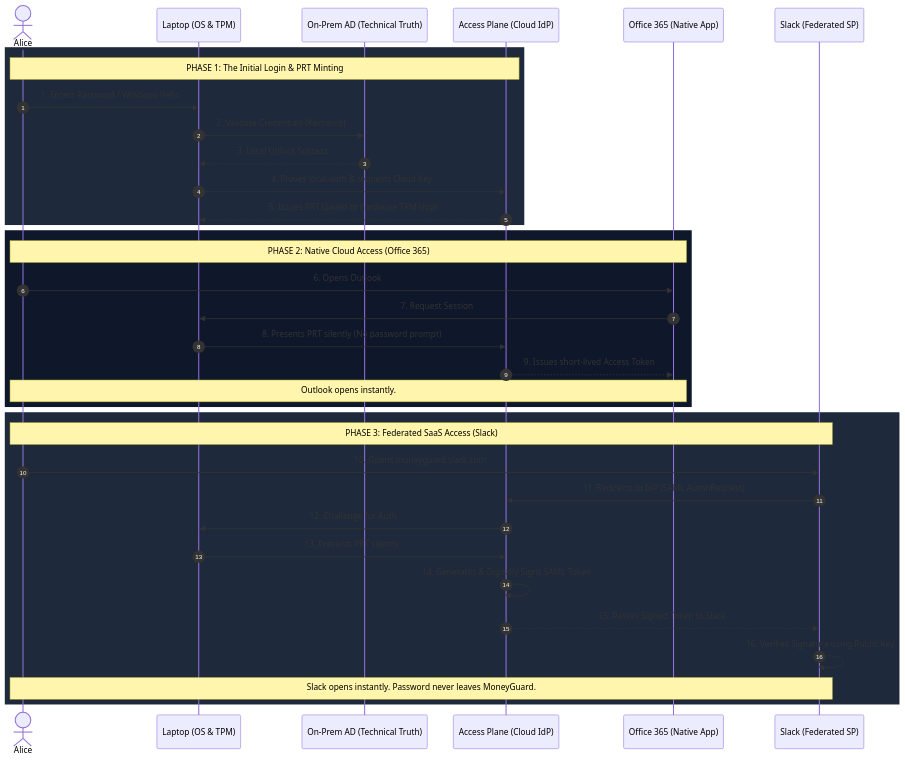
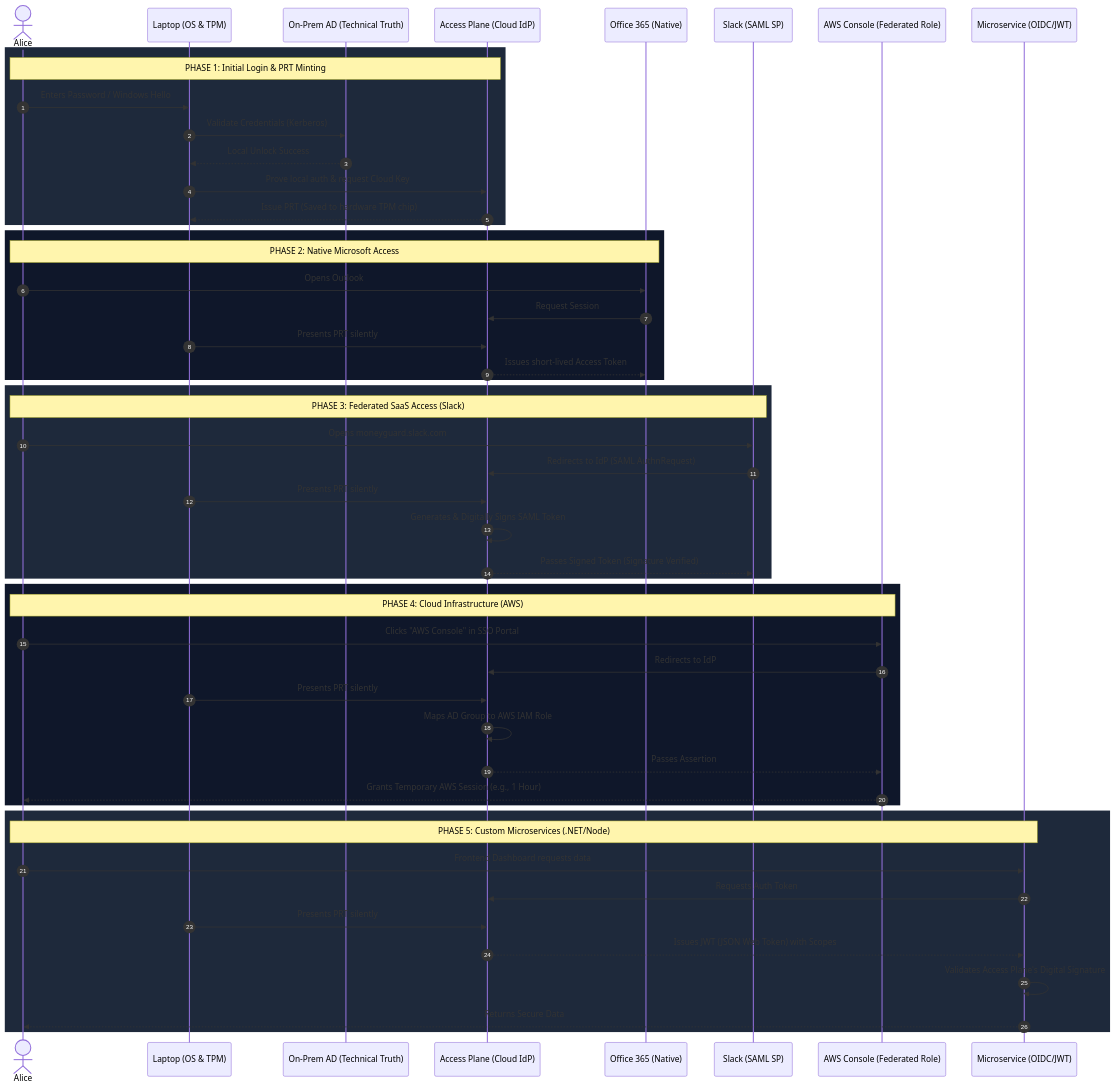
The second of 2 diagrams in 01_Core_IAM_Concepts/06_Identity_Repositories.md (nirajp82/IdentityAccessManagement_IAM), drawn with Mermaid before and after one commit.

````diff
--- a/01_Core_IAM_Concepts/06_Identity_Repositories.md
+++ b/01_Core_IAM_Concepts/06_Identity_Repositories.md
@@ -101,40 +101,59 @@
 ```mermaid
 sequenceDiagram
     autonumber
     actor A as Alice
     participant L as Laptop (OS & TPM)
     participant AD as On-Prem AD (Technical Truth)
     participant AP as Access Plane (Cloud IdP)
-    participant O as Office 365 (Native App)
-    participant S as Slack (Federated SP)
+    participant O365 as Office 365 (Native)
+    participant Slack as Slack (SAML SP)
+    participant AWS as AWS Console (Federated Role)
+    participant API as Microservice (OIDC/JWT)
 
     rect rgb(30, 41, 59)
-    Note over A, AP: PHASE 1: The Initial Login & PRT Minting
-    A->>L: 1. Enters Password / Windows Hello
-    L->>AD: 2. Validate Credentials (Kerberos)
-    AD-->>L: 3. Local Unlock Success
-    L->>AP: 4. Proves local auth & requests Cloud Key
-    AP-->>L: 5. Issues PRT (Saved to hardware TPM chip)
+    Note over A, AP: PHASE 1: Initial Login & PRT Minting
+    A->>L: Enters Password / Windows Hello
+    L->>AD: Validate Credentials (Kerberos)
+    AD-->>L: Local Unlock Success
+    L->>AP: Prove local auth & request Cloud Key
+    AP-->>L: Issue PRT (Saved to hardware TPM chip)
     end
 
     rect rgb(15, 23, 42)
-    Note over A, O: PHASE 2: Native Cloud Access (Office 365)
-    A->>O: 6. Opens Outlook
-    O->>L: 7. Request Session
-    L->>AP: 8. Presents PRT silently (No password prompt)
-    AP-->>O: 9. Issues short-lived Access Token
-    Note over A, O: Outlook opens instantly.
+    Note over A, O365: PHASE 2: Native Microsoft Access
+    A->>O365: Opens Outlook
+    O365->>AP: Request Session
+    L->>AP: Presents PRT silently
+    AP-->>O365: Issues short-lived Access Token
     end
 
     rect rgb(30, 41, 59)
-    Note over A, S: PHASE 3: Federated SaaS Access (Slack)
-    A->>S: 10. Opens moneyguard.slack.com
-    S->>AP: 11. Redirects to IdP (SAML AuthnRequest)
-    AP->>L: 12. Challenge for Auth
-    L->>AP: 13. Presents PRT silently
-    AP->>AP: 14. Generates & Digitally Signs SAML Token
-    AP-->>S: 15. Passes Signed Token to Slack
-    S->>S: 16. Verifies Signature using Public Key
-    Note over A, S: Slack opens instantly. Password never leaves MoneyGuard.
+    Note over A, Slack: PHASE 3: Federated SaaS Access (Slack)
+    A->>Slack: Opens moneyguard.slack.com
+    Slack->>AP: Redirects to IdP (SAML AuthnRequest)
+    L->>AP: Presents PRT silently
+    AP->>AP: Generates & Digitally Signs SAML Token
+    AP-->>Slack: Passes Signed Token (Signature Verified)
     end
+
+    rect rgb(15, 23, 42)
+    Note over A, AWS: PHASE 4: Cloud Infrastructure (AWS)
+    A->>AWS: Clicks "AWS Console" in SSO Portal
+    AWS->>AP: Redirects to IdP
+    L->>AP: Presents PRT silently
+    AP->>AP: Maps AD Group to AWS IAM Role
+    AP-->>AWS: Passes Assertion
+    AWS-->>A: Grants Temporary AWS Session (e.g., 1 Hour)
+    end
+
+    rect rgb(30, 41, 59)
+    Note over A, API: PHASE 5: Custom Microservices (.NET/Node)
+    A->>API: Frontend Dashboard requests data
+    API->>AP: Requests Auth Token
+    L->>AP: Presents PRT silently
+    AP-->>API: Issues JWT (JSON Web Token) with Scopes
+    API->>API: Validates Access Plane's Digital Signature
+    API-->>A: Returns Secure Data
+    end
+
 ```
````
